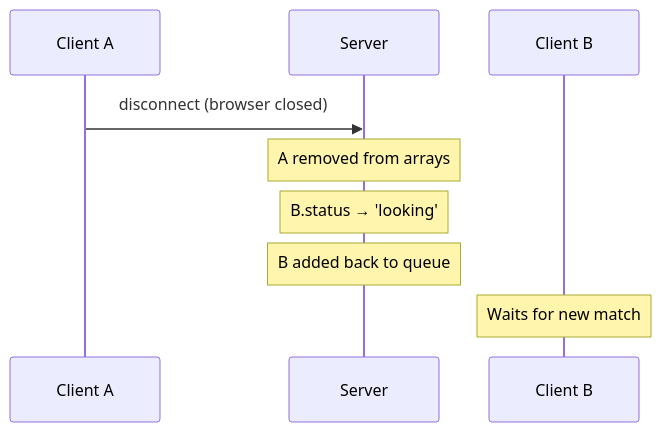
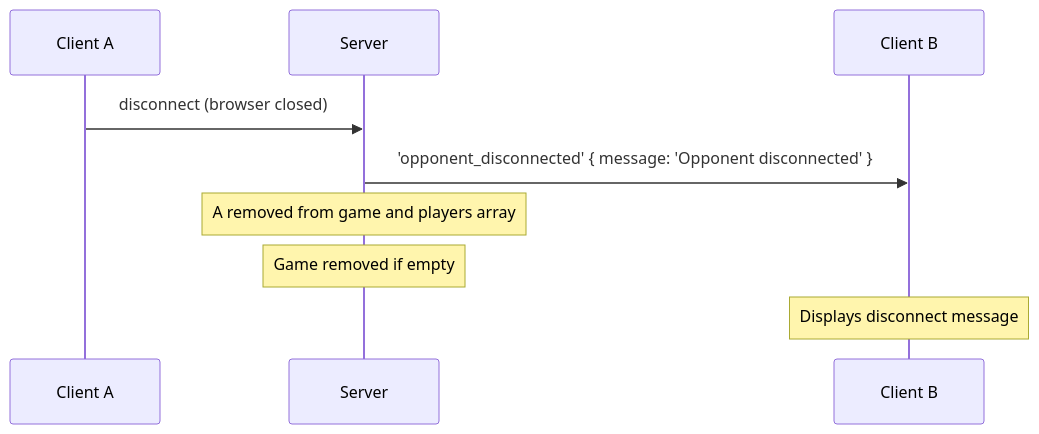
One commit to dmitriylogunov/X-ttt changed the fourth of 5 diagrams in WS/README.md. Above: the diagram before and after it, drawn with Mermaid. The commit also changed other lines of this file and 6 other files, not shown here.

````diff
--- a/WS/README.md
+++ b/WS/README.md
@@ -231,12 +276,12 @@
 ```mermaid
 sequenceDiagram
     participant A as Client A
     participant S as Server
     participant B as Client B
 
     A->>S: disconnect (browser closed)
-    Note over S: A removed from arrays
-    Note over S: B.status → 'looking'
-    Note over S: B added back to queue
-    Note over B: Waits for new match
+    S->>B: 'opponent_disconnected' { message: 'Opponent disconnected' }
+    Note over S: A removed from game and players array
+    Note over S: Game removed if empty
+    Note over B: Displays disconnect message
 ```
````
